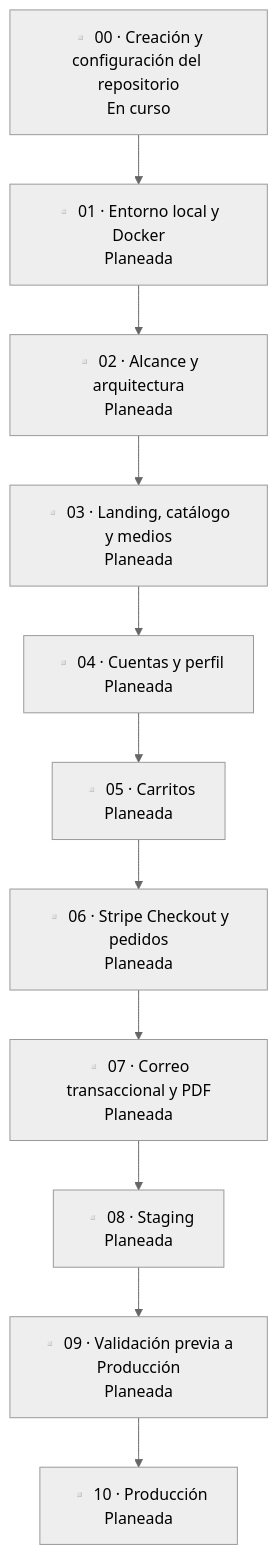
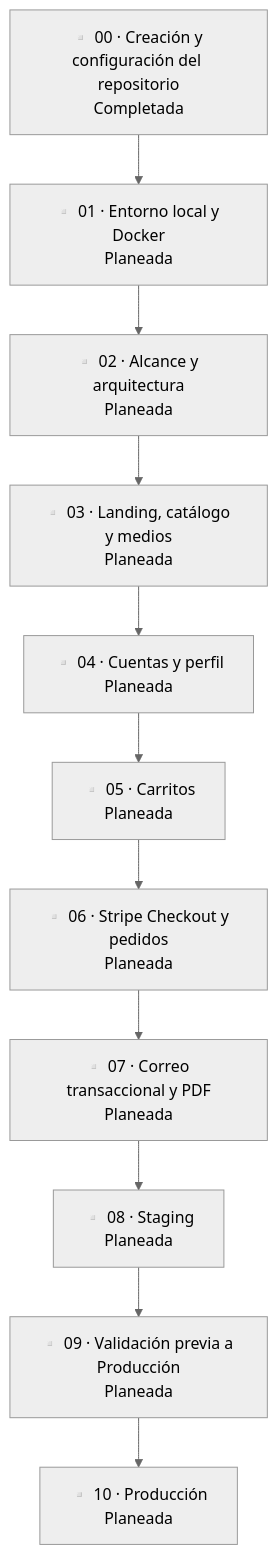
Before and after one commit to sadamlg/sr_del_mictlan: the diagram in docs/ROADMAP.md, drawn with Mermaid (neutral theme). The commit also changed other lines of this file, not shown here.

````diff
--- a/docs/ROADMAP.md
+++ b/docs/ROADMAP.md
@@ -23,13 +23,13 @@
 ```mermaid
 flowchart TB
-    p00["▫️ 00 · Creación y configuración del repositorio<br/>En curso"] --> p01
+    p00["▫️ 00 · Creación y configuración del repositorio<br/>Completada"] --> p01
     p01["▫️ 01 · Entorno local y Docker<br/>Planeada"] --> p02["▫️ 02 · Alcance y arquitectura<br/>Planeada"]
     p02 --> p03["▫️ 03 · Landing, catálogo y medios<br/>Planeada"]
     p03 --> p04["▫️ 04 · Cuentas y perfil<br/>Planeada"]
     p04 --> p05["▫️ 05 · Carritos<br/>Planeada"]
     p05 --> p06["▫️ 06 · Stripe Checkout y pedidos<br/>Planeada"]
     p06 --> p07["▫️ 07 · Correo transaccional y PDF<br/>Planeada"]
     p07 --> p08["▫️ 08 · Staging<br/>Planeada"]
     p08 --> p09["▫️ 09 · Validación previa a Producción<br/>Planeada"]
     p09 --> p10["▫️ 10 · Producción<br/>Planeada"]
 ```
````
